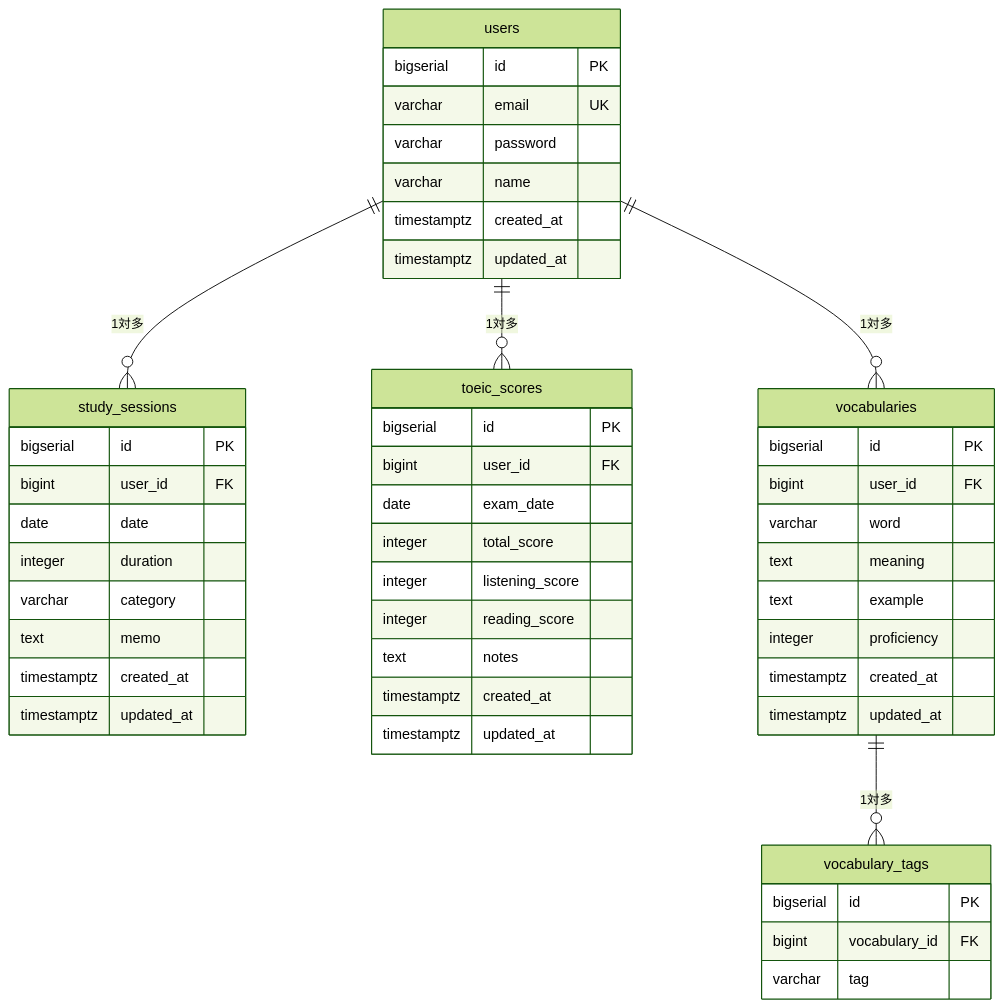
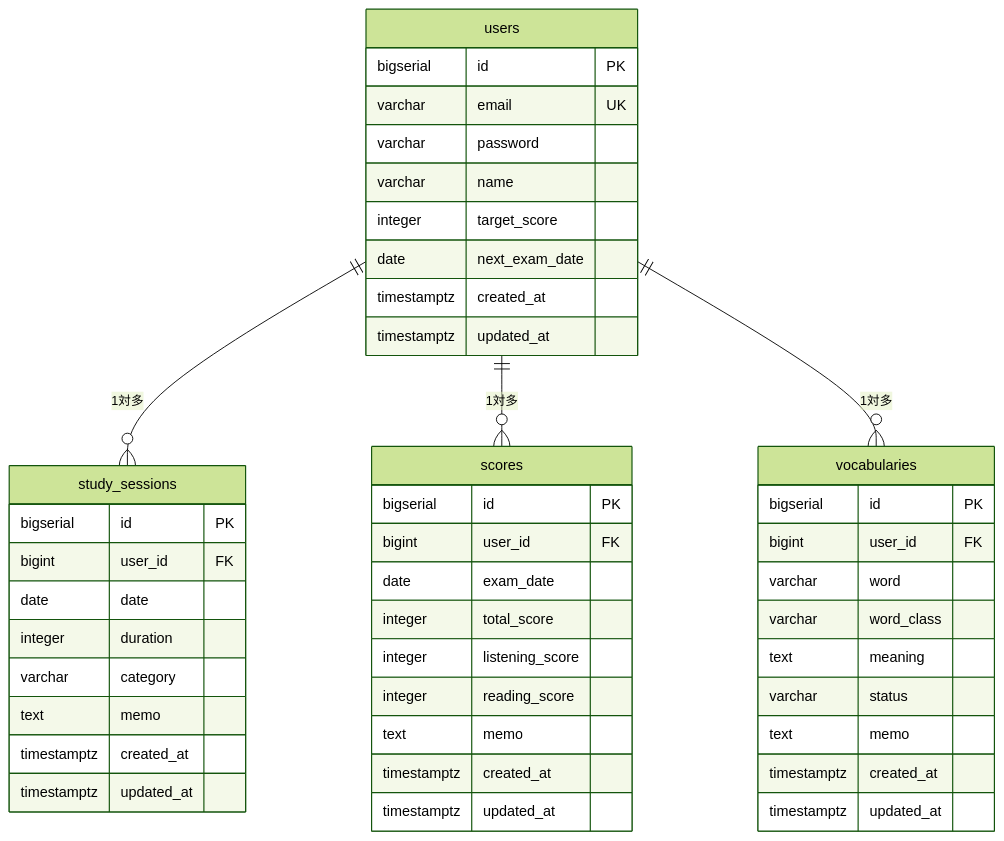
The diagram in docs/db_design.md (k-tomida/toeic-tracker), drawn with Mermaid (forest theme) before and after one commit. The commit also changed other lines of this file, not shown here.

````diff
--- a/docs/db_design.md
+++ b/docs/db_design.md
@@ -12,52 +13,49 @@
 ```mermaid
 erDiagram
   users ||--o{ study_sessions : "1対多"
-  users ||--o{ toeic_scores : "1対多"
+  users ||--o{ scores : "1対多"
   users ||--o{ vocabularies : "1対多"
-  vocabularies ||--o{ vocabulary_tags : "1対多"
 
   users {
     bigserial id PK
     varchar email UK
     varchar password
     varchar name
+    integer target_score
+    date next_exam_date
     timestamptz created_at
     timestamptz updated_at
   }
   study_sessions {
     bigserial id PK
     bigint user_id FK
     date date
     integer duration
     varchar category
     text memo
     timestamptz created_at
     timestamptz updated_at
   }
-  toeic_scores {
+  scores {
     bigserial id PK
     bigint user_id FK
     date exam_date
     integer total_score
     integer listening_score
     integer reading_score
-    text notes
+    text memo
     timestamptz created_at
     timestamptz updated_at
   }
   vocabularies {
     bigserial id PK
     bigint user_id FK
     varchar word
+    varchar word_class
     text meaning
-    text example
-    integer proficiency
+    varchar status
+    text memo
     timestamptz created_at
     timestamptz updated_at
   }
-  vocabulary_tags {
-    bigserial id PK
-    bigint vocabulary_id FK
-    varchar tag
-  }
 ```
````
